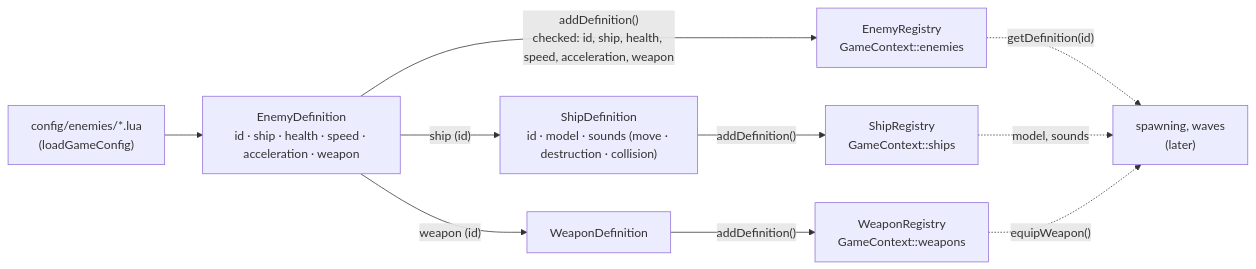
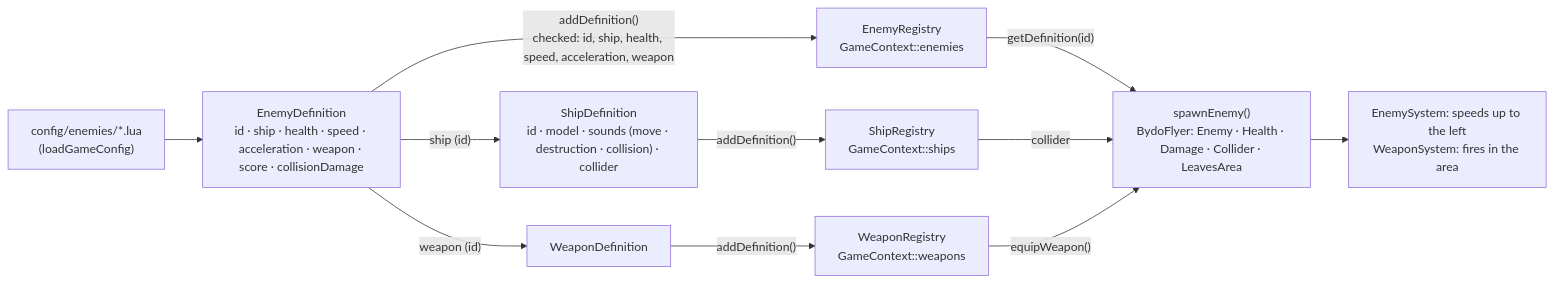
One commit to Akinator31/Rtype changed the seventh of 10 diagrams in docs/architecture/game.md. Above: the diagram before and after it, drawn with Mermaid. The commit also changed other lines of this file and 3 other files, not shown here.

````diff
--- a/docs/architecture/game.md
+++ b/docs/architecture/game.md
@@ -315,13 +353,14 @@
 ```mermaid
 flowchart LR
     Lua["config/enemies/*.lua<br/>(loadGameConfig)"] --> Def
-    Def["EnemyDefinition<br/>id · ship · health · speed · acceleration · weapon"]
+    Def["EnemyDefinition<br/>id · ship · health · speed · acceleration · weapon · score · collisionDamage"]
     Def -- "addDefinition()<br/>checked: id, ship, health, speed, acceleration, weapon" --> Reg["EnemyRegistry<br/>GameContext::enemies"]
-    Def -- "ship (id)" --> SDef["ShipDefinition<br/>id · model · sounds (move · destruction · collision)"]
+    Def -- "ship (id)" --> SDef["ShipDefinition<br/>id · model · sounds (move · destruction · collision) · collider"]
     SDef -- "addDefinition()" --> SReg["ShipRegistry<br/>GameContext::ships"]
     Def -- "weapon (id)" --> WDef["WeaponDefinition"]
     WDef -- "addDefinition()" --> WReg["WeaponRegistry<br/>GameContext::weapons"]
-    Reg -. "getDefinition(id)" .-> Spawn["spawning, waves<br/>(later)"]
-    SReg -. "model, sounds" .-> Spawn
-    WReg -. "equipWeapon()" .-> Spawn
+    Reg -- "getDefinition(id)" --> Spawn["spawnEnemy()<br/>BydoFlyer: Enemy · Health · Damage · Collider · LeavesArea"]
+    SReg -- "collider" --> Spawn
+    WReg -- "equipWeapon()" --> Spawn
+    Spawn --> Fly["EnemySystem: speeds up to the left<br/>WeaponSystem: fires in the area"]
 ```
````
